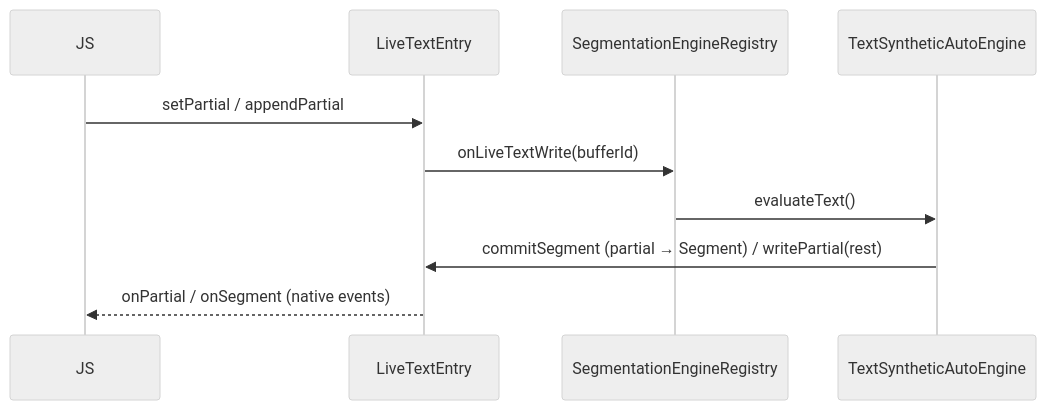
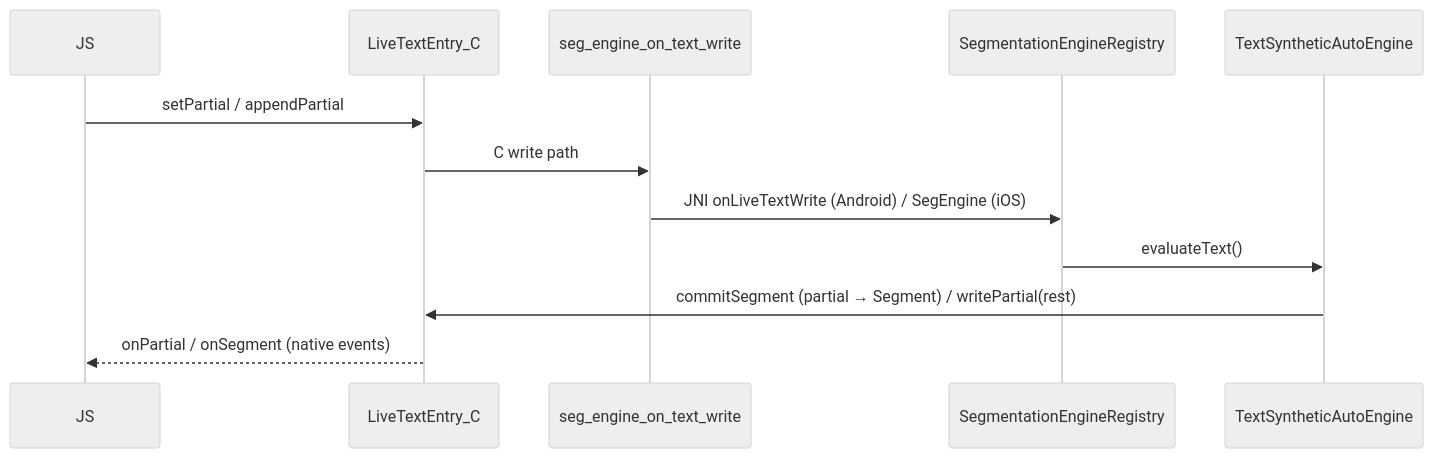
One commit to XDcobra/react-native-sherpa-onnx changed the first of 2 diagrams in docs/migration/segmentationEngine/segmentation-engine-core-snapshot.md. Above: the diagram before and after it, drawn with Mermaid (neutral theme). The commit also changed other lines of this file and 1 other file, not shown here.

Commit message:
docs: mark S7 done and document C-hook notify path

````diff
--- a/docs/migration/segmentationEngine/segmentation-engine-core-snapshot.md
+++ b/docs/migration/segmentationEngine/segmentation-engine-core-snapshot.md
@@ -50,13 +50,15 @@
 ```mermaid
 sequenceDiagram
   participant JS
-  participant Txt as LiveTextEntry
+  participant Txt as LiveTextEntry_C
+  participant Hook as seg_engine_on_text_write
   participant Reg as SegmentationEngineRegistry
   participant Eng as TextSyntheticAutoEngine
 
   JS->>Txt: setPartial / appendPartial
-  Txt->>Reg: onLiveTextWrite(bufferId)
+  Txt->>Hook: C write path
+  Hook->>Reg: JNI onLiveTextWrite (Android) / SegEngine (iOS)
   Reg->>Eng: evaluateText()
   Eng->>Txt: commitSegment (partial → Segment) / writePartial(rest)
   Txt-->>JS: onPartial / onSegment (native events)
 ```
````
